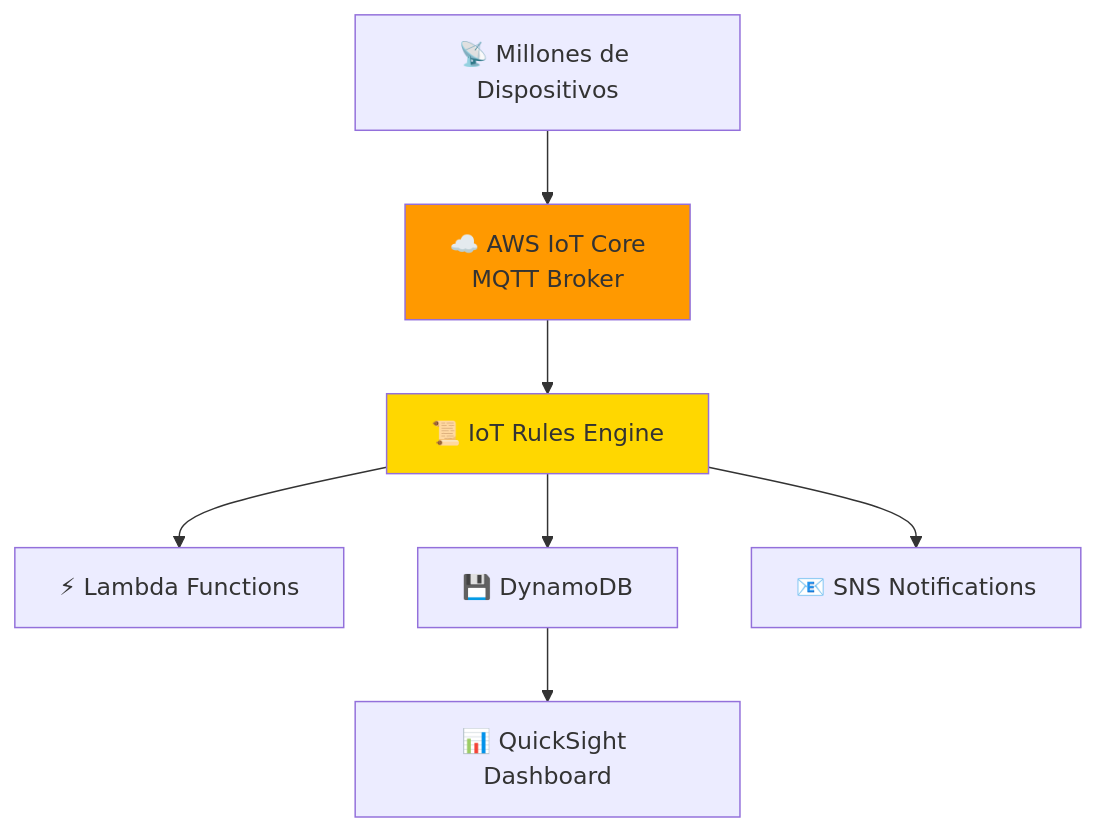
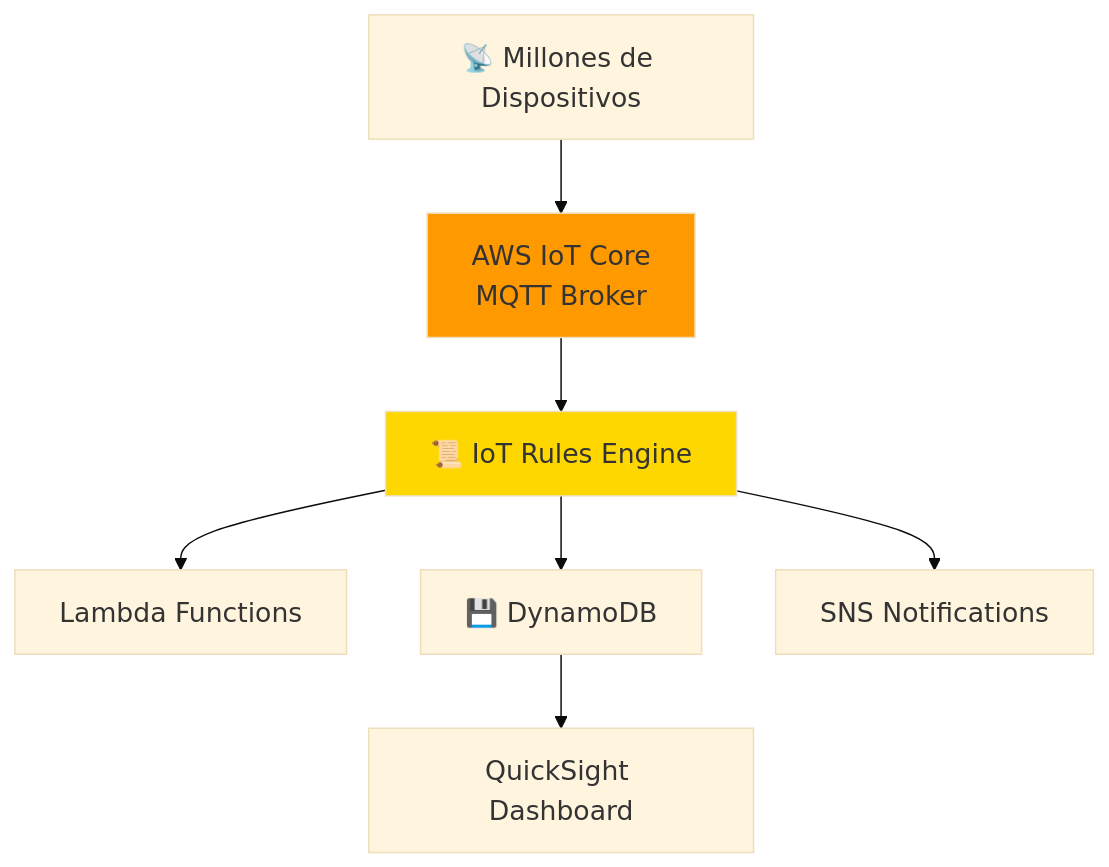
Before and after one commit to Ai-Whisperers/Courses-Content: the ninth of 14 diagrams in courses/🟡-development/FPUNA-2026/02-ELECTRONICA-AUTOMATIZACION/05-iot-visualizacion-datos.md, drawn with Mermaid. The commit also changed other lines of this file and 47 other files, not shown here.

First line of the commit message:
fix: Make all 473 diagrams WCAG AAA accessible (FPUNA-2026)

````diff
--- a/courses/🟡-development/FPUNA-2026/02-ELECTRONICA-AUTOMATIZACION/05-iot-visualizacion-datos.md
+++ b/courses/🟡-development/FPUNA-2026/02-ELECTRONICA-AUTOMATIZACION/05-iot-visualizacion-datos.md
@@ -551,12 +559,13 @@
 ```mermaid
+%%{init: {'theme':'base', 'themeVariables': {'fontSize':'18px'}}}%%
 graph TB
-    A[📡 Millones de Dispositivos] --> B[☁️ AWS IoT Core<br/>MQTT Broker]
+    A[📡 Millones de Dispositivos] --> B[AWS IoT Core<br/>MQTT Broker]
     B --> C[📜 IoT Rules Engine]
-    C --> D[⚡ Lambda Functions]
+    C --> D[Lambda Functions]
     C --> E[💾 DynamoDB]
-    C --> F[📧 SNS Notifications]
-    E --> G[📊 QuickSight Dashboard]
+    C --> F[SNS Notifications]
+    E --> G[QuickSight Dashboard]
     
     style B fill:#FF9900
     style C fill:#FFD700
 ```
````
